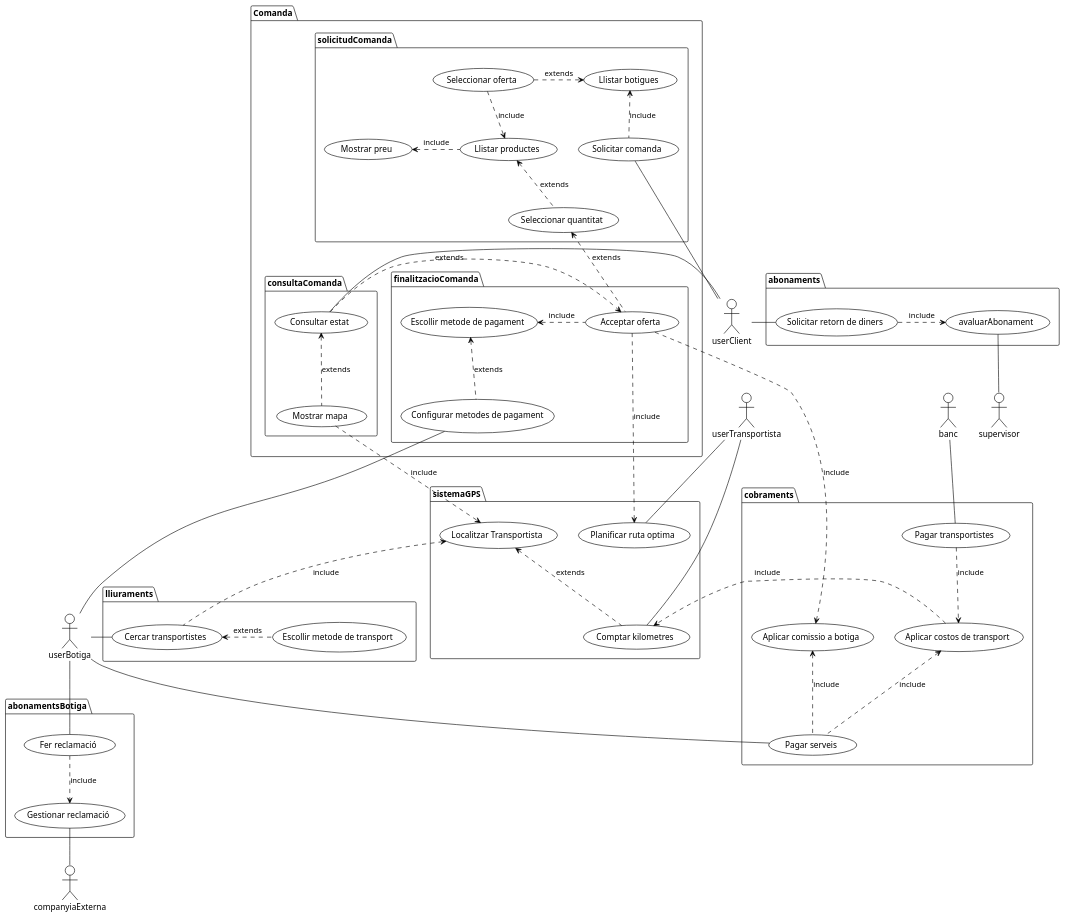
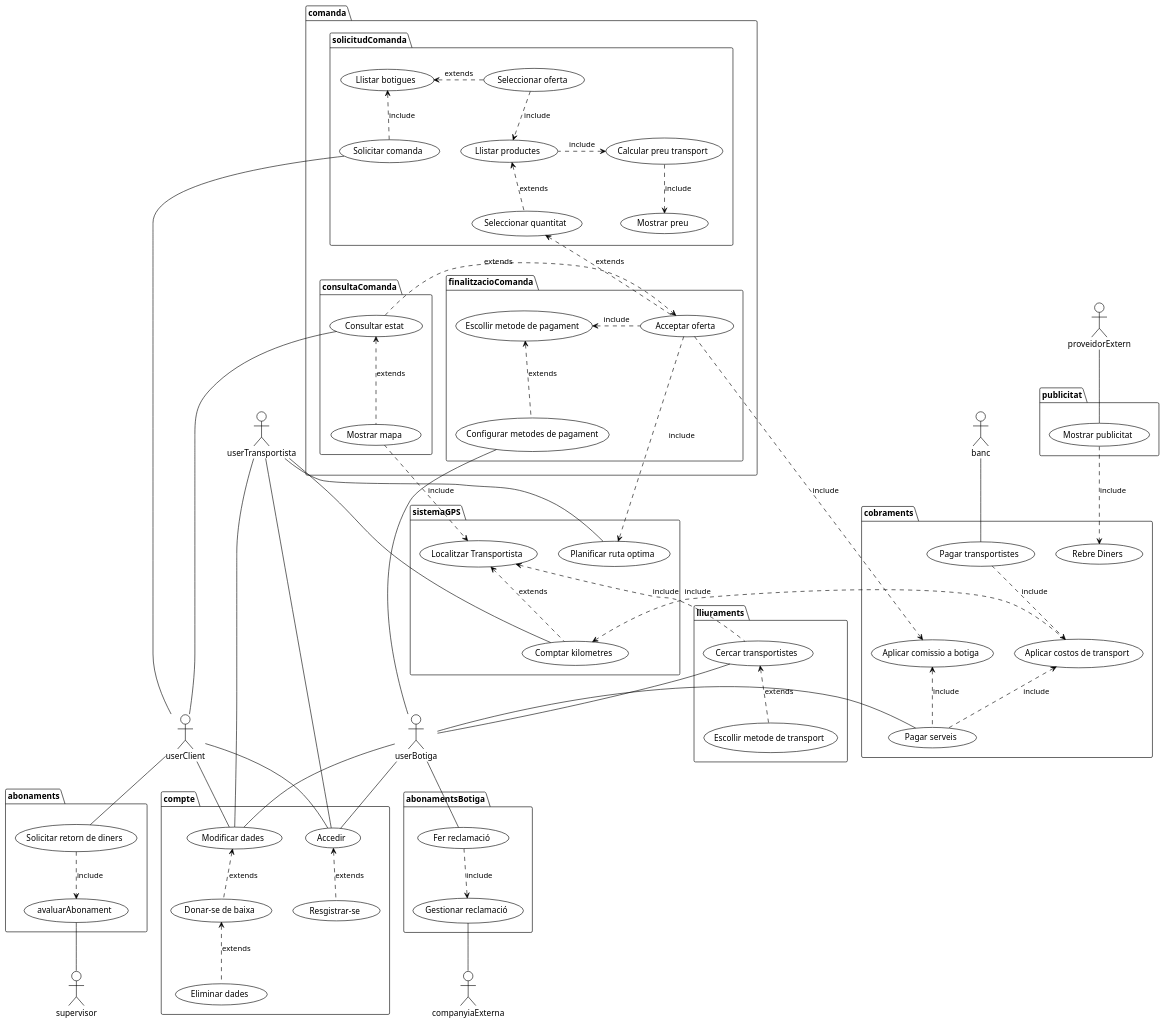
Before and after one commit to monteroo/ES23UAB452-07: the diagram in documents/casUs_v2_Script.puml, drawn with PlantUML.

Commit message:
Sprint 3

```diff
--- a/documents/casUs_v2_Script.puml
+++ b/documents/casUs_v2_Script.puml
@@ -1,106 +1,134 @@
 @startuml
 
 !theme plain
 skinparam monochrome true
 skinparam backgroundColor transparent
 skinparam shadowing false
 skinparam defaultFontName Helvetica
 'left to right direction
 
 
 actor userClient
 actor userBotiga
 actor userTransportista
 actor supervisor
 actor companyiaExterna
+actor proveidorExtern
 actor banc
 
-package Comanda {
+package compte {
+usecase "Resgistrar-se" as CU6021
+usecase "Accedir" as CU6022
+usecase "Modificar dades" as CU6051
+usecase "Eliminar dades" as CU6052
+usecase "Donar-se de baixa" as CU6053
+CU6052 -u[dashed]-> CU6053 : extends
+CU6053 -u[dashed]-> CU6051 : extends
+CU6021 -u[dashed]-> CU6022 : extends
+userClient -- CU6022
+userBotiga -- CU6022
+userTransportista -- CU6022
+userClient -- CU6051
+userBotiga -- CU6051
+userTransportista -- CU6051
+}
+
+package comanda {
 package solicitudComanda {
 usecase "Solicitar comanda" as CU102
 usecase "Llistar botigues" as CU103
 CU102 -u[dashed]-> CU103 : include
 usecase "Seleccionar oferta" as CU201
 CU201 .> CU103 : extends
 usecase "Llistar productes" as CU202
 CU201 -d[dashed]-> CU202 : include
 usecase "Seleccionar quantitat" as CU203
 CU202 <-d[dashed]- CU203 : extends
 usecase "Mostrar preu" as CU209
-CU202 -l[dashed]-> CU209 : include
+usecase "Calcular preu transport" as CU407
+CU202 -l[dashed]-> CU407 : include
+CU407 -d[dashed]-> CU209 : include
 }
 
 package finalitzacioComanda {
 usecase "Acceptar oferta" as CU3021
 CU203 <-d[dashed]- CU3021 : extends 
 usecase "Escollir metode de pagament" as CU3022
 CU3021 -l[dashed]-> CU3022 : include
 usecase "Configurar metodes de pagament" as CU303
 CU303 -u[dashed]-> CU3022 : extends
 }
 
 package consultaComanda {
 usecase "Consultar estat" as CU205
 CU205 .> CU3021 : extends
 usecase "Mostrar mapa" as CU207
 CU207 -u[dashed]-> CU205 : extends
 }
 
 }
 
 package abonaments {
 usecase "Solicitar retorn de diners" as CU306
 usecase "avaluarAbonament" as CU307 
-CU306 -r[dashed]-> CU307 : include
+CU306 -d[dashed]-> CU307 : include
 }
 
 package abonamentsBotiga {
 usecase "Fer reclamació" as CU309
 usecase "Gestionar reclamació" as CU3010
 CU309 -d[dashed]-> CU3010 : include
 }
 
 
 companyiaExterna -u- CU3010
 userBotiga -d- CU309
 userClient -l- CU102
 userClient -l- CU205
-userClient -l- CU306
+userClient -d- CU306
 
 
 CU303 -d--- userBotiga
 CU307 -d- supervisor 
 
 package lliuraments {
 usecase "Cercar transportistes" as CU402
 usecase "Escollir metode de transport" as CU401
-userBotiga -l- CU402
-CU401 -l[dashed]-> CU402 : extends
+userBotiga -u- CU402
+CU401 -u[dashed]-> CU402 : extends
 }
 
 package sistemaGPS {
 usecase "Localitzar Transportista" as CU4031
 usecase "Comptar kilometres" as CU4032
 usecase "Planificar ruta optima" as CU405
 userTransportista -r- CU4032
 CU207 -d[dashed]-> CU4031 : include
 CU4032 -u[dashed]-> CU4031 : extends
 CU402 -u[dashed]-> CU4031 : include
 CU3021 .> CU405 : include
 userTransportista -- CU405
 } 
 
 package cobraments {
 usecase "Aplicar comissio a botiga" as CU308
 CU3021 -l[dashed]-> CU308 : include
 usecase "Aplicar costos de transport" as CU4041
 usecase "Pagar serveis" as CU4043
 CU4043 -u[dashed]-> CU4041 : include
 CU4043 -u[dashed]-> CU308 : include
 userBotiga -- CU4043
 CU4041 .> CU4032 : include
 usecase "Pagar transportistes" as CU4042
 CU4042 -d[dashed]-> CU4041 : include
 banc -d- CU4042
+usecase "Rebre Diners" as CU503
 }
+
+package publicitat {
+usecase "Mostrar publicitat" as CU501
+proveidorExtern -- CU501
+CU501 -[dashed]-> CU503 : include
+}
+
 @enduml
```
